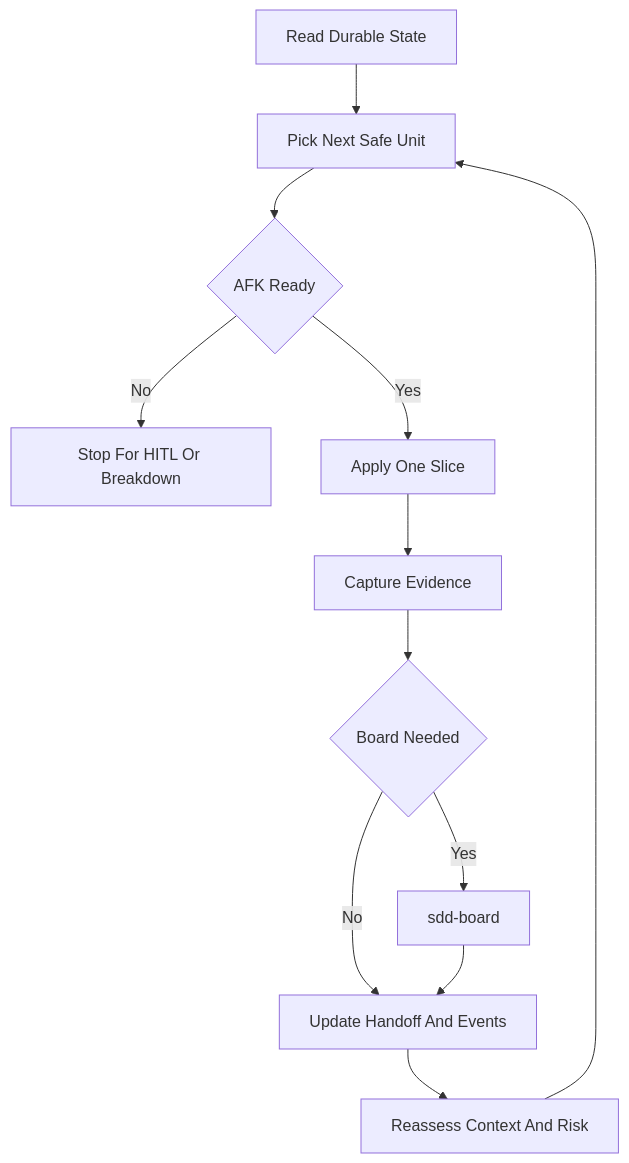
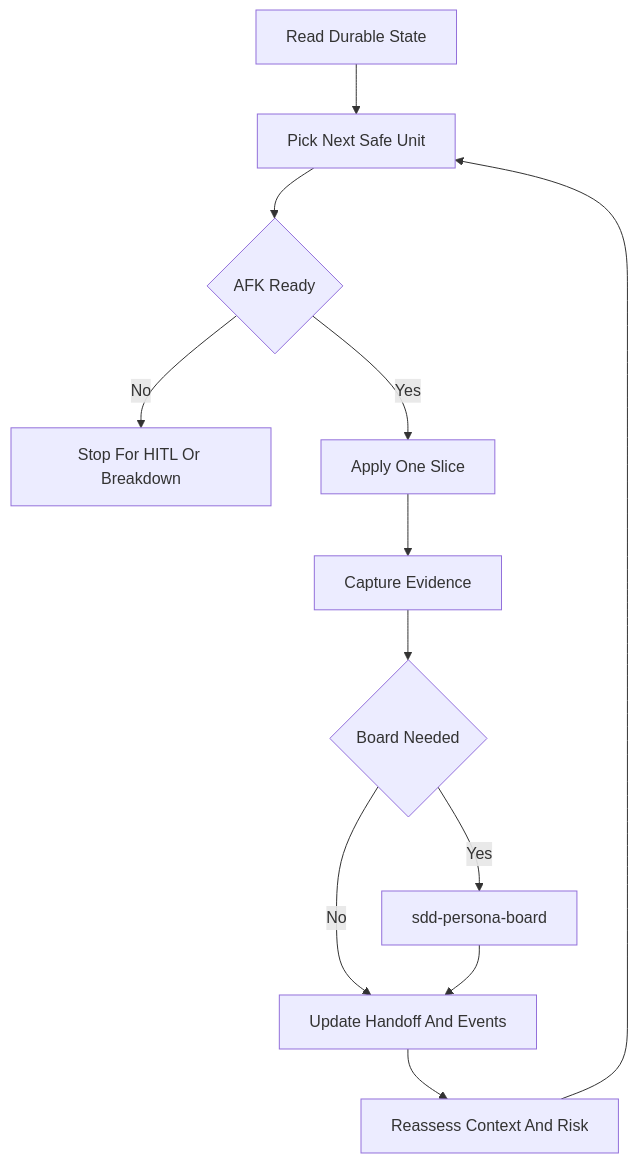
Before and after one commit to devopstales/aiskillgrid: the second of 3 diagrams in docs/02-workflow-usage.md, drawn with Mermaid. The commit also changed other lines of this file and 48 other files, not shown here.

````diff
--- a/docs/02-workflow-usage.md
+++ b/docs/02-workflow-usage.md
@@ -212,14 +212,14 @@
 ```mermaid
 flowchart TD
   State[Read Durable State] --> Pick[Pick Next Safe Unit]
   Pick --> Gate{AFK Ready}
   Gate -->|No| Stop[Stop For HITL Or Breakdown]
   Gate -->|Yes| Apply[Apply One Slice]
   Apply --> Evidence[Capture Evidence]
   Evidence --> BoardNeed{Board Needed}
-  BoardNeed -->|Yes| Board[sdd-board]
+  BoardNeed -->|Yes| Board[sdd-persona-board]
   BoardNeed -->|No| Update[Update Handoff And Events]
   Board --> Update
   Update --> Reassess[Reassess Context And Risk]
   Reassess --> Pick
 ```
````
